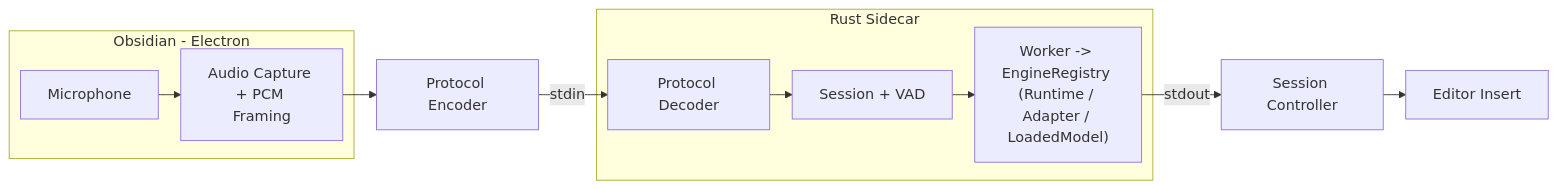
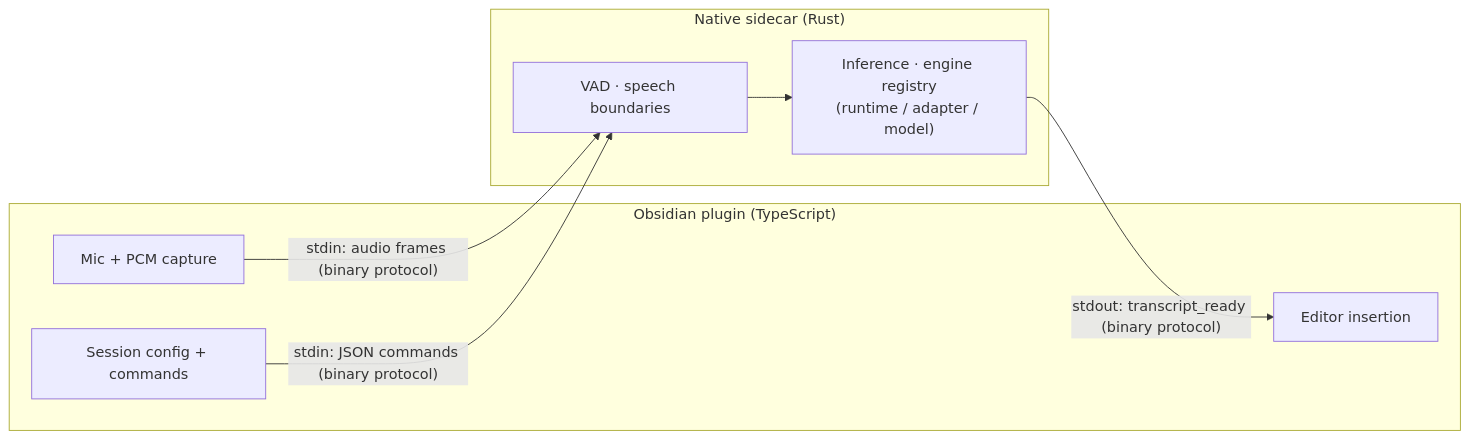
Before and after one commit to brittain9/obsidian-local-speech-to-text: the first of 7 diagrams in docs/architecture/system-architecture.md, drawn with Mermaid. The commit also changed other lines of this file and 4 other files, not shown here.

First line of the commit message:
chore: align docs with Rust-owned post-transcript enrichment

````diff
--- a/docs/architecture/system-architecture.md
+++ b/docs/architecture/system-architecture.md
@@ -7,23 +11,18 @@
 ```mermaid
----
-config:
-  flowchart:
-    nodeSpacing: 20
-    rankSpacing: 25
-    diagramPadding: 8
-    wrappingWidth: 120
----
 flowchart LR
-    subgraph Obsidian ["Obsidian - Electron"]
-        MIC["Microphone"] --> CAPTURE["Audio Capture + PCM Framing"]
+    subgraph Plugin ["Obsidian plugin (TypeScript)"]
+        MIC["Mic + PCM capture"]
+        CFG["Session config + commands"]
+        EDIT["Editor insertion"]
     end
 
-    CAPTURE --> PROTO_TS["Protocol Encoder"]
-    PROTO_TS -->|"stdin"| PROTO_RS["Protocol Decoder"]
-
-    subgraph Sidecar ["Rust Sidecar"]
-        PROTO_RS --> SESSION["Session + VAD"] --> WORKER["Worker -> EngineRegistry (Runtime / Adapter / LoadedModel)"]
+    subgraph Sidecar ["Native sidecar (Rust)"]
+        VAD["VAD · speech boundaries"]
+        INF["Inference · engine registry<br/>(runtime / adapter / model)"]
+        VAD --> INF
     end
 
-    WORKER -->|"stdout"| CTRL["Session Controller"] --> EDITOR["Editor Insert"]
+    MIC -->|"stdin: audio frames (binary protocol)"| VAD
+    CFG -->|"stdin: JSON commands (binary protocol)"| VAD
+    INF -->|"stdout: transcript_ready (binary protocol)"| EDIT
 ```
````
